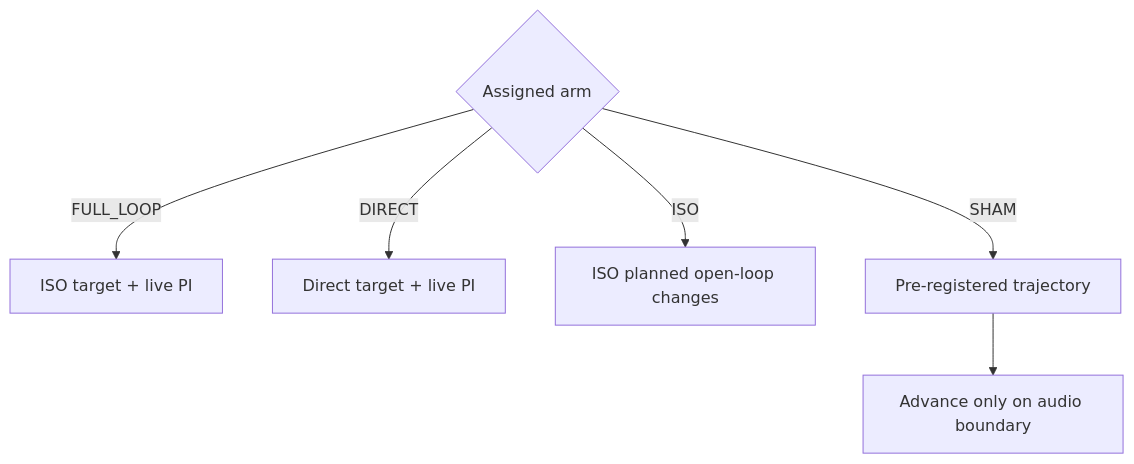
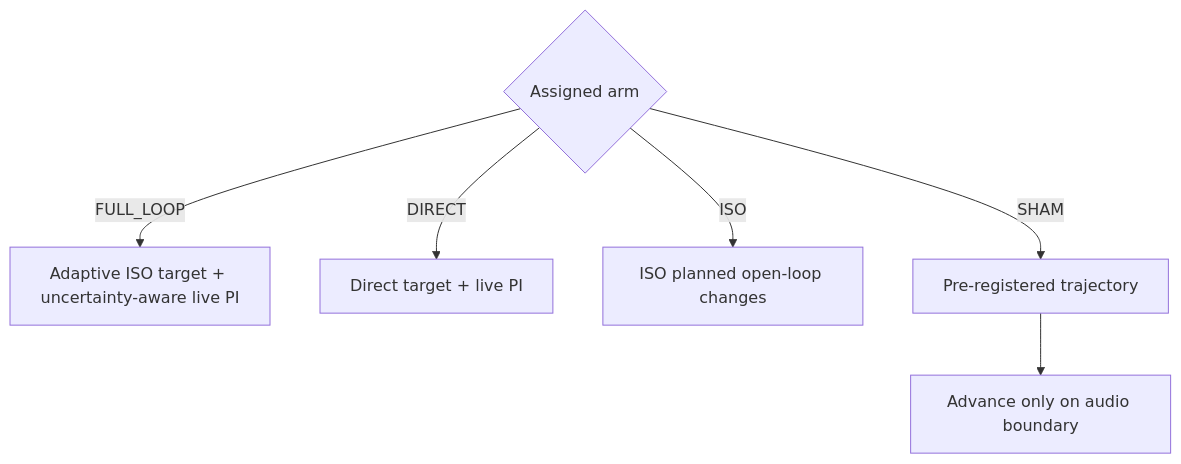
The third of 4 diagrams in docs/ARCHITECTURE.md (YazhouZhu19/mdt-closed-loop), drawn with Mermaid before and after one commit. The commit also changed other lines of this file and 15 other files, not shown here.

Commit message:
Add uncertainty-aware adaptive ISO control

````diff
--- a/docs/ARCHITECTURE.md
+++ b/docs/ARCHITECTURE.md
@@ -173,9 +187,9 @@
 ```mermaid
 flowchart TD
     ARM{Assigned arm}
-    ARM -->|FULL_LOOP| FI[ISO target + live PI]
+    ARM -->|FULL_LOOP| FI[Adaptive ISO target + uncertainty-aware live PI]
     ARM -->|DIRECT| FD[Direct target + live PI]
     ARM -->|ISO| OI[ISO planned open-loop changes]
     ARM -->|SHAM| SH[Pre-registered trajectory]
     SH --> B[Advance only on audio boundary]
 ```
````
